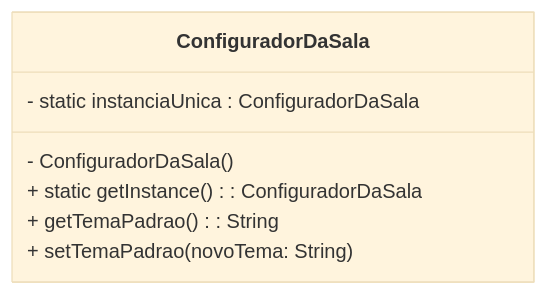
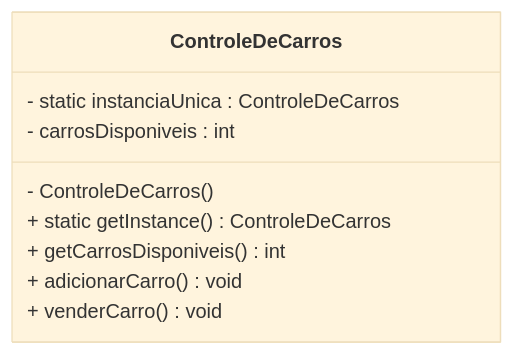
Before and after one commit to JESFTechnology/Atividade-Singleton: the diagram in README.md, drawn with Mermaid (base theme).

Commit message:
Update UML diagram in README.md

````diff
--- a/README.md
+++ b/README.md
@@ -31,10 +31,12 @@
 ```mermaid 
 classDiagram
-    class ConfiguradorDaSala {
-        - static instanciaUnica : ConfiguradorDaSala
-        - ConfiguradorDaSala()
-        + static getInstance() : ConfiguradorDaSala
-        + getTemaPadrao() : String
-        + setTemaPadrao(novoTema: String)
+    class ControleDeCarros {
+        - static instanciaUnica : ControleDeCarros
+        - carrosDisponiveis : int
+        - ControleDeCarros()
+        + static getInstance() ControleDeCarros
+        + getCarrosDisponiveis() int
+        + adicionarCarro() void
+        + venderCarro() void
     }
 ```
````
